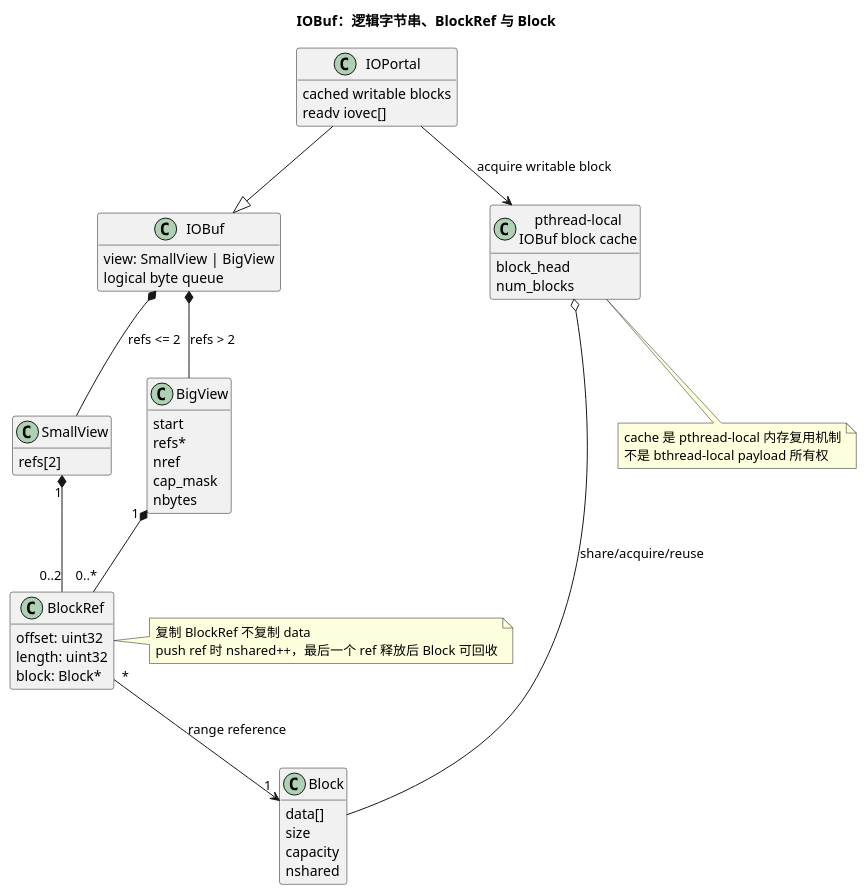
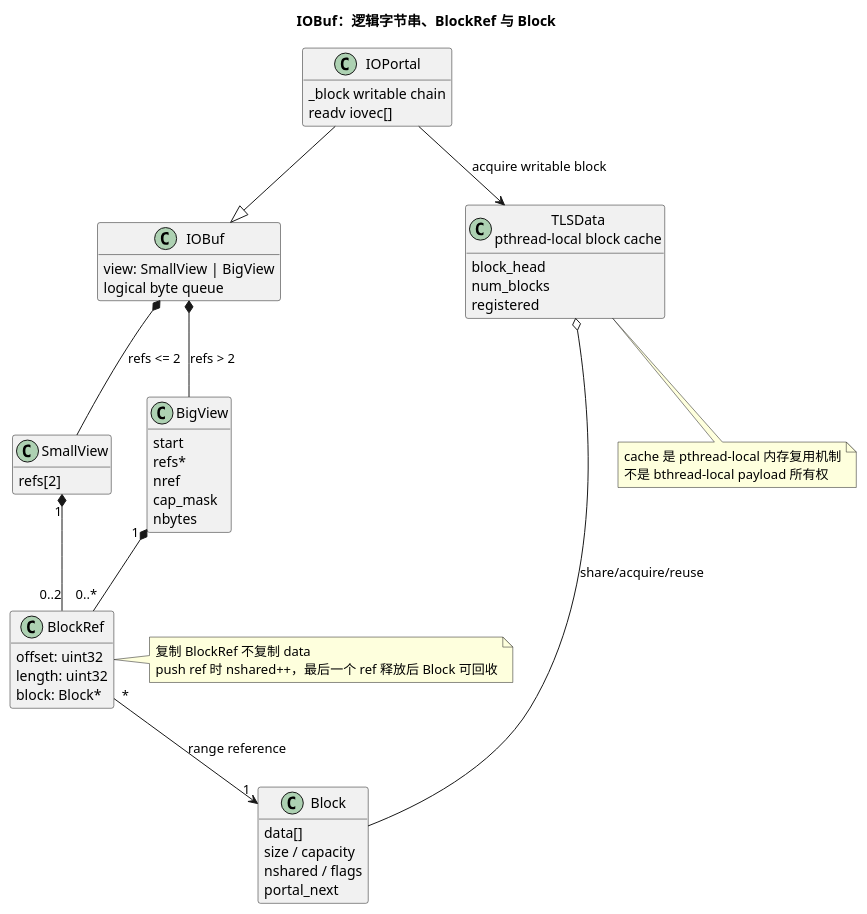
One commit to AlbertZhangF/brpc changed the second of 6 diagrams in docs/cn/brpc_tcp_runtime_guide.md. Above: the diagram before and after it, drawn with PlantUML. The commit also changed other lines of this file and 3 other files, not shown here.

First line of the commit message:
feat: Expand IOBuf data structure and TLS interaction, enhance bthread lifecycle details, and simplify lifecycle diagram

````diff
--- a/docs/cn/brpc_tcp_runtime_guide.md
+++ b/docs/cn/brpc_tcp_runtime_guide.md
@@ -209,51 +211,52 @@
 ```plantuml
 @startuml
 title IOBuf：逻辑字节串、BlockRef 与 Block
 skinparam shadowing false
 skinparam classAttributeIconSize 0
 hide methods
 class IOBuf {
   view: SmallView | BigView
   logical byte queue
 }
 class SmallView {
   refs[2]
 }
 class BigView {
   start
   refs*
   nref
   cap_mask
   nbytes
 }
 class BlockRef {
   offset: uint32
   length: uint32
   block: Block*
 }
 class Block {
   data[]
-  size
-  capacity
-  nshared
+  size / capacity
+  nshared / flags
+  portal_next
 }
-class "pthread-local\nIOBuf block cache" as Cache {
+class "TLSData\npthread-local block cache" as Cache {
   block_head
   num_blocks
+  registered
 }
 class IOPortal {
-  cached writable blocks
+  _block writable chain
   readv iovec[]
 }
 IOBuf *-- SmallView : refs <= 2
 IOBuf *-- BigView : refs > 2
 SmallView "1" *-- "0..2" BlockRef
 BigView "1" *-- "0..*" BlockRef
 BlockRef "*" --> "1" Block : range reference
 Cache o-- Block : share/acquire/reuse
 IOPortal --|> IOBuf
 IOPortal --> Cache : acquire writable block
 note right of BlockRef : 复制 BlockRef 不复制 data\npush ref 时 nshared++，最后一个 ref 释放后 Block 可回收
 note bottom of Cache : cache 是 pthread-local 内存复用机制\n不是 bthread-local payload 所有权
 @enduml
 ```
````
